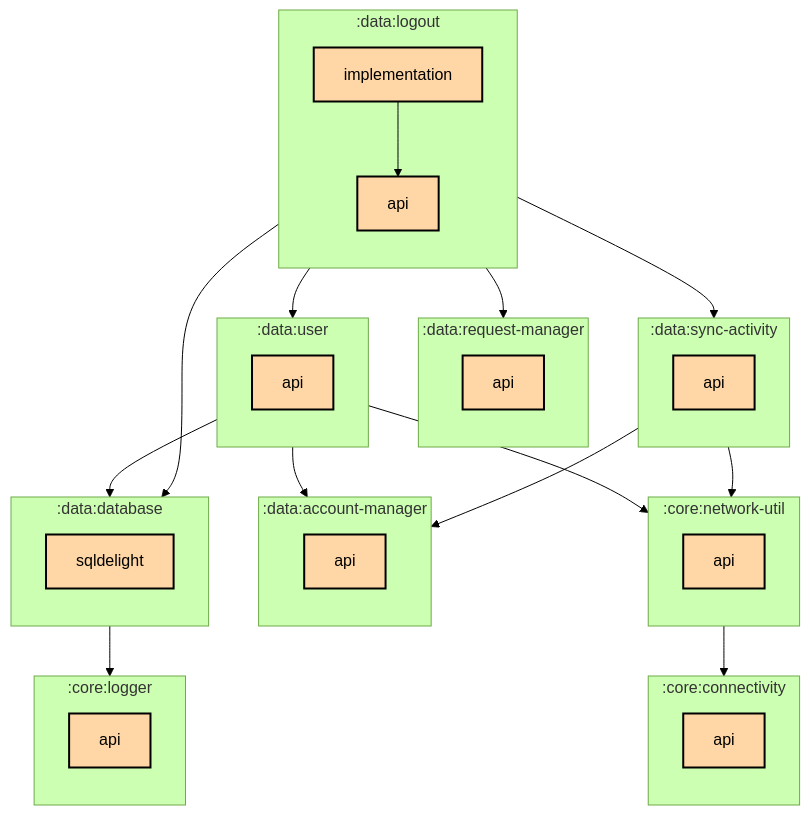
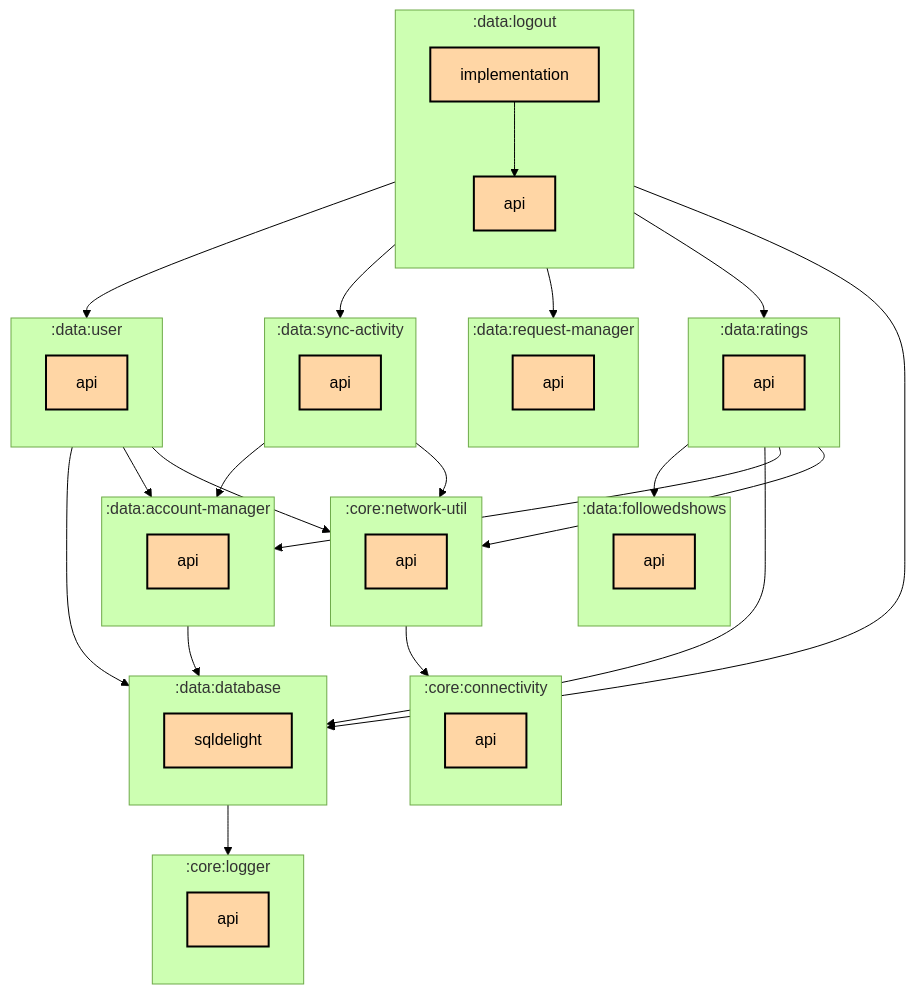
The first of 2 diagrams in data/logout/implementation/README.md (thomaskioko/tv-maniac), drawn with Mermaid (forest theme) before and after one commit. The commit also changed 105 other files, not shown here.

Commit message:
🤖 Update module graphs

````diff
--- a/data/logout/implementation/README.md
+++ b/data/logout/implementation/README.md
@@ -6,59 +6,73 @@
 ```mermaid
 graph TB
   subgraph :core:connectivity
     direction TB
     :core:connectivity:api[api]:::multiplatform
   end
   subgraph :core:logger
     direction TB
     :core:logger:api[api]:::multiplatform
   end
   subgraph :core:network-util
     direction TB
     :core:network-util:api[api]:::multiplatform
   end
   subgraph :data:account-manager
     direction TB
     :data:account-manager:api[api]:::multiplatform
   end
   subgraph :data:database
     direction TB
     :data:database:sqldelight[sqldelight]:::multiplatform
   end
+  subgraph :data:followedshows
+    direction TB
+    :data:followedshows:api[api]:::multiplatform
+  end
   subgraph :data:logout
     direction TB
     :data:logout:api[api]:::multiplatform
     :data:logout:implementation[implementation]:::multiplatform
+  end
+  subgraph :data:ratings
+    direction TB
+    :data:ratings:api[api]:::multiplatform
   end
   subgraph :data:request-manager
     direction TB
     :data:request-manager:api[api]:::multiplatform
   end
   subgraph :data:sync-activity
     direction TB
     :data:sync-activity:api[api]:::multiplatform
   end
   subgraph :data:user
     direction TB
     :data:user:api[api]:::multiplatform
   end
 
   :core:network-util:api --> :core:connectivity:api
+  :data:account-manager:api --> :data:database:sqldelight
   :data:database:sqldelight --> :core:logger:api
   :data:logout:implementation --> :data:database:sqldelight
   :data:logout:implementation --> :data:logout:api
+  :data:logout:implementation --> :data:ratings:api
   :data:logout:implementation --> :data:request-manager:api
   :data:logout:implementation --> :data:sync-activity:api
   :data:logout:implementation --> :data:user:api
+  :data:ratings:api --> :core:network-util:api
+  :data:ratings:api --> :data:account-manager:api
+  :data:ratings:api --> :data:database:sqldelight
+  :data:ratings:api --> :data:followedshows:api
   :data:sync-activity:api --> :core:network-util:api
   :data:sync-activity:api --> :data:account-manager:api
   :data:user:api --> :core:network-util:api
   :data:user:api --> :data:account-manager:api
   :data:user:api --> :data:database:sqldelight
 
 classDef application fill:#CAFFBF,stroke:#000,stroke-width:2px,color:#000;
 classDef multiplatform fill:#FFD6A5,stroke:#000,stroke-width:2px,color:#000;
 classDef android-library fill:#9BF6FF,stroke:#000,stroke-width:2px,color:#000;
 classDef jvm-library fill:#BDB2FF,stroke:#000,stroke-width:2px,color:#000;
 classDef unknown fill:#FFADAD,stroke:#000,stroke-width:2px,color:#000;
 ```
````
